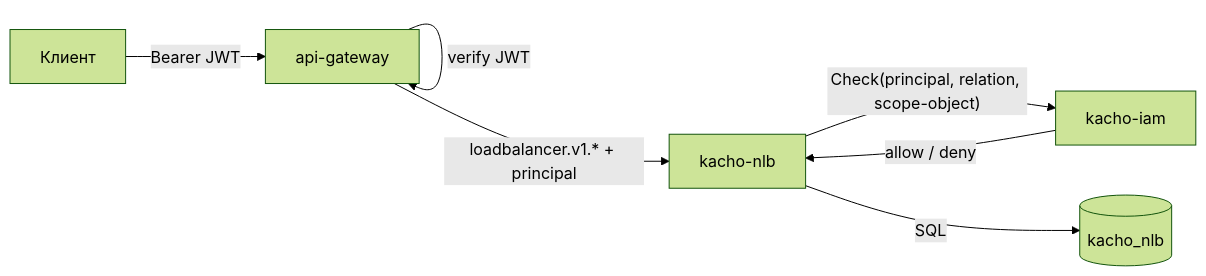
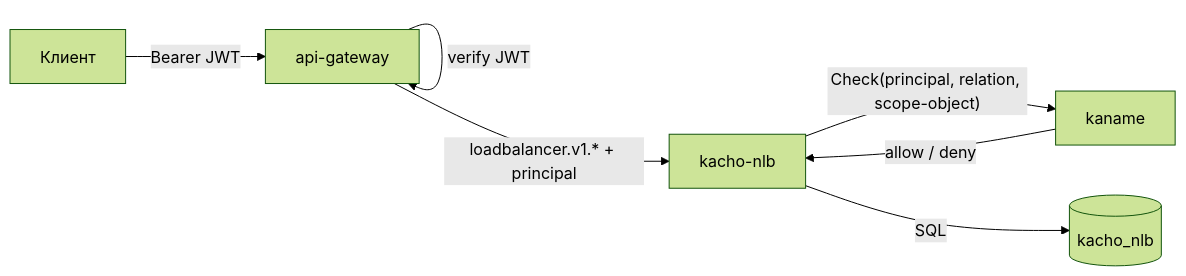
The diagram in services/nlb/docs/content/architecture/authz.mdx (PRO-Robotech/kacho), drawn with Mermaid (forest theme) before and after one commit. The commit also changed other lines of this file and 5005 other files, not shown here.

````diff
--- a/services/nlb/docs/content/architecture/authz.mdx
+++ b/services/nlb/docs/content/architecture/authz.mdx
@@ -46,9 +46,9 @@
 ```mermaid
 flowchart LR
   cli["Клиент"] -->|"Bearer JWT"| agw["api-gateway"]
   agw -->|"verify JWT"| agw
   agw -->|"loadbalancer.v1.* + principal"| nlb["kacho-nlb"]
-  nlb -->|"Check(principal, relation, scope-object)"| iam["kacho-iam"]
+  nlb -->|"Check(principal, relation, scope-object)"| iam["kaname"]
   iam -->|"allow / deny"| nlb
   nlb -->|"SQL"| pg[("kacho_nlb")]
 ```
````
